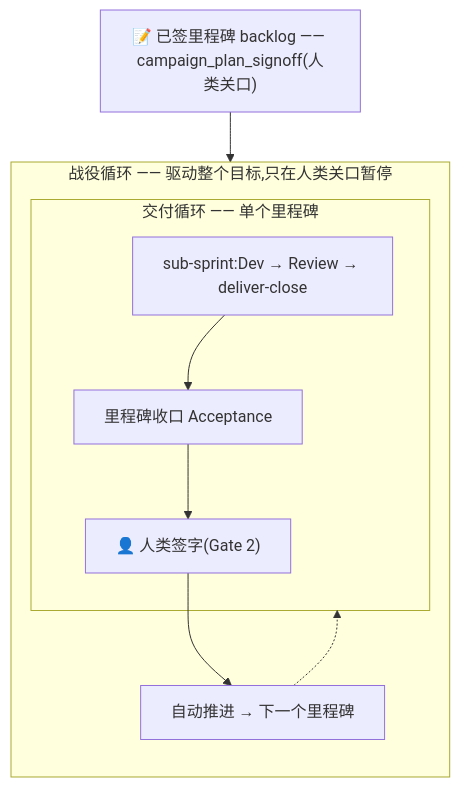
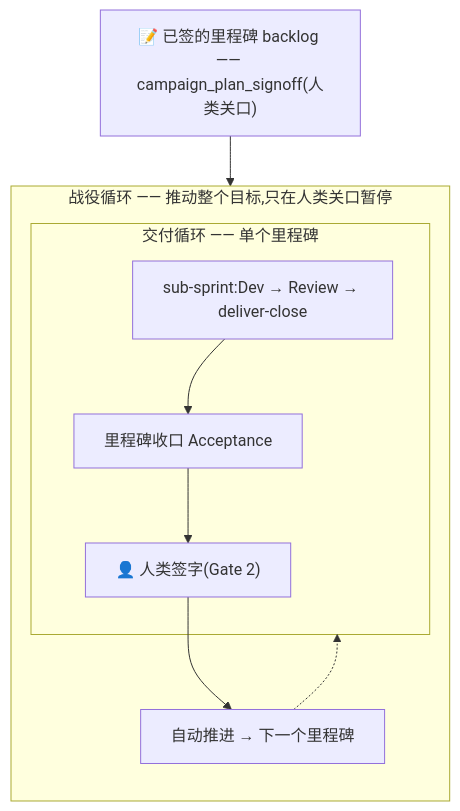
Before and after one commit to caoruixin/aidazi: the third of 3 diagrams in README.zh-CN.md, drawn with Mermaid. The commit also changed other lines of this file and 1 other file, not shown here.

````diff
--- a/README.zh-CN.md
+++ b/README.zh-CN.md
@@ -105,13 +105,13 @@
 ```mermaid
 flowchart TB
-    SB["📝 已签里程碑 backlog —— campaign_plan_signoff(人类关口)"]
-    subgraph CL["战役循环 —— 驱动整个目标,只在人类关口暂停"]
+    SB["📝 已签的里程碑 backlog —— campaign_plan_signoff(人类关口)"]
+    subgraph CL["战役循环 —— 推动整个目标,只在人类关口暂停"]
       direction TB
       subgraph DL["交付循环 —— 单个里程碑"]
         SS["sub-sprint:Dev → Review → deliver-close"] --> AC["里程碑收口 Acceptance"] --> HS["👤 人类签字(Gate 2)"]
       end
       HS --> NEXT["自动推进 → 下一个里程碑"]
       NEXT -.-> DL
     end
     SB --> CL
 ```
````
